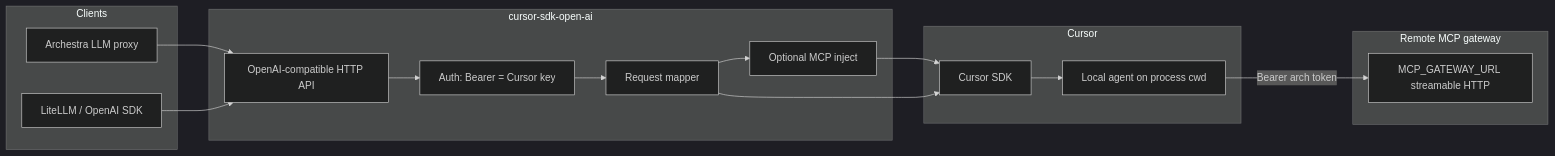
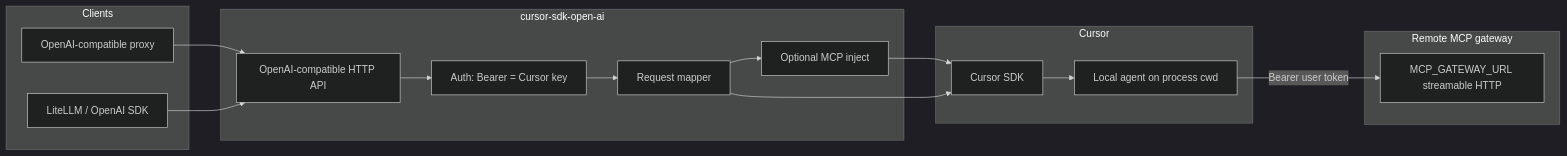
One commit to elad-bar/cursor-open-ai-adapater changed the diagram in docs/architecture.md. Above: the diagram before and after it, drawn with Mermaid (dark theme). The commit also changed other lines of this file and 19 other files, not shown here.

````diff
--- a/docs/architecture.md
+++ b/docs/architecture.md
@@ -5,29 +5,29 @@
 ```mermaid
 flowchart LR
   subgraph clients [Clients]
-    Archestra[Archestra LLM proxy]
+    Proxy[OpenAI-compatible proxy]
     LiteLLM[LiteLLM / OpenAI SDK]
   end
   subgraph gateway [cursor-sdk-open-ai]
     API[OpenAI-compatible HTTP API]
     Map[Request mapper]
     Auth[Auth: Bearer = Cursor key]
     McpInject[Optional MCP inject]
   end
   subgraph cursor [Cursor]
     SDK[Cursor SDK]
     Local[Local agent on process cwd]
   end
   subgraph remoteMcp [Remote MCP gateway]
     MCP[MCP_GATEWAY_URL streamable HTTP]
   end
-  Archestra --> API
+  Proxy --> API
   LiteLLM --> API
   API --> Auth
   Auth --> Map
   Map --> McpInject
   McpInject --> SDK
   Map --> SDK
   SDK --> Local
-  Local -->|Bearer arch token| MCP
+  Local -->|Bearer user token| MCP
 ```
````
